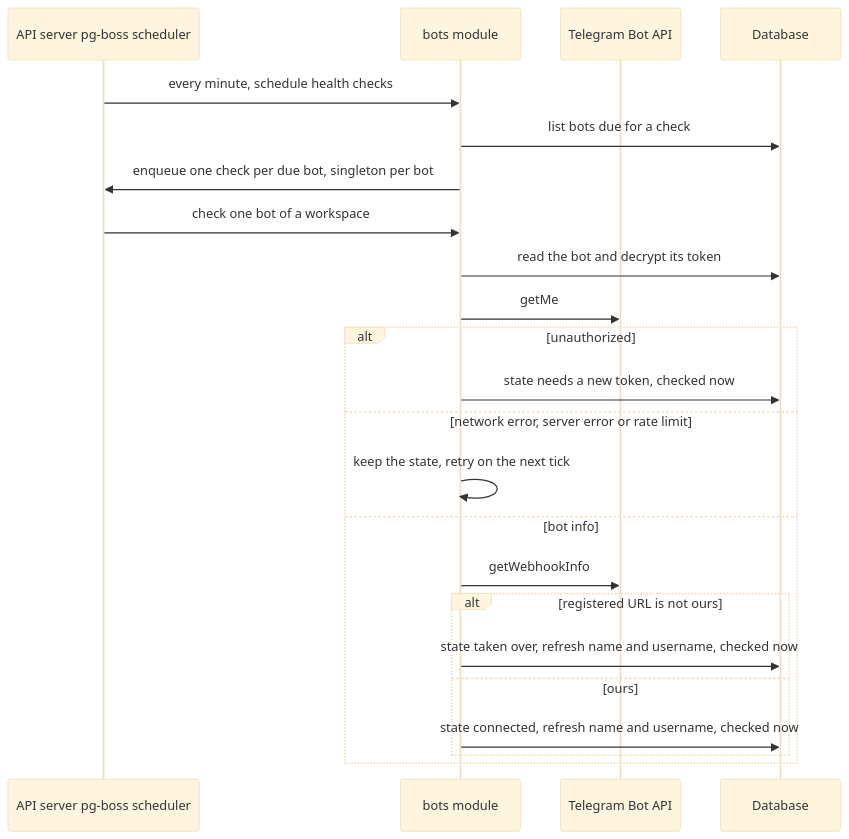
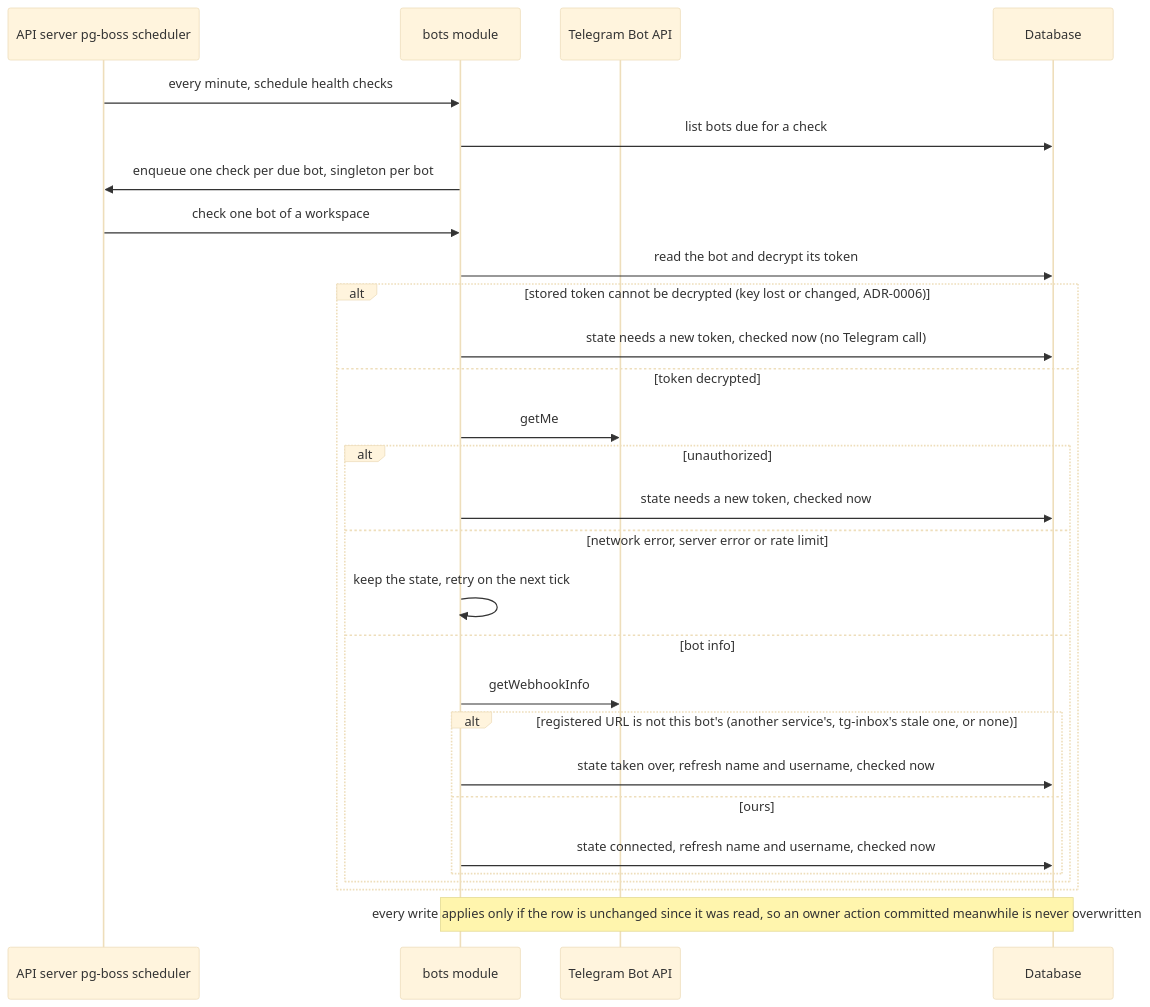
One commit to GopkoDev/tg-inbox changed the fifth of 10 diagrams in docs/features/bot-connection/sad.md. Above: the diagram before and after it, drawn with Mermaid (base theme). The commit also changed other lines of this file and 2 other files, not shown here.

Commit message:
docs: bot-connection SAD flows, events and data model match the review fixes

````diff
--- a/docs/features/bot-connection/sad.md
+++ b/docs/features/bot-connection/sad.md
@@ -329,25 +330,30 @@
 ```mermaid
 sequenceDiagram
     participant Cron as API server pg-boss scheduler
     participant Bots as bots module
     participant Tg as Telegram Bot API
     participant Db as Database
     Cron->>Bots: every minute, schedule health checks
     Bots->>Db: list bots due for a check
     Bots->>Cron: enqueue one check per due bot, singleton per bot
     Cron->>Bots: check one bot of a workspace
     Bots->>Db: read the bot and decrypt its token
-    Bots->>Tg: getMe
-    alt unauthorized
-        Bots->>Db: state needs a new token, checked now
-    else network error, server error or rate limit
-        Bots->>Bots: keep the state, retry on the next tick
-    else bot info
-        Bots->>Tg: getWebhookInfo
-        alt registered URL is not ours
-            Bots->>Db: state taken over, refresh name and username, checked now
-        else ours
-            Bots->>Db: state connected, refresh name and username, checked now
+    alt stored token cannot be decrypted (key lost or changed, ADR-0006)
+        Bots->>Db: state needs a new token, checked now (no Telegram call)
+    else token decrypted
+        Bots->>Tg: getMe
+        alt unauthorized
+            Bots->>Db: state needs a new token, checked now
+        else network error, server error or rate limit
+            Bots->>Bots: keep the state, retry on the next tick
+        else bot info
+            Bots->>Tg: getWebhookInfo
+            alt registered URL is not this bot's (another service's, tg-inbox's stale one, or none)
+                Bots->>Db: state taken over, refresh name and username, checked now
+            else ours
+                Bots->>Db: state connected, refresh name and username, checked now
+            end
         end
     end
+    Note over Bots,Db: every write applies only if the row is unchanged since it was read, so an owner action committed meanwhile is never overwritten
 ```
````
